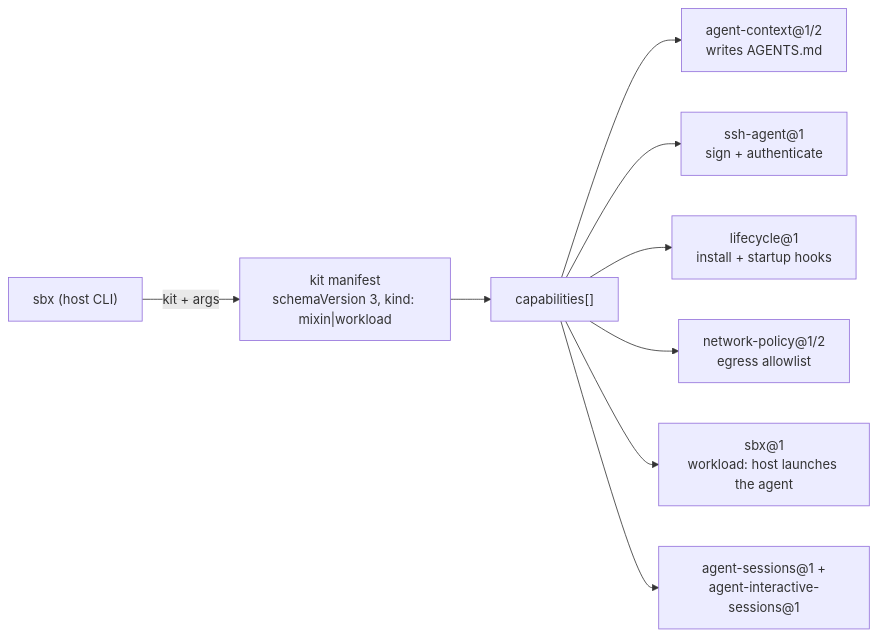
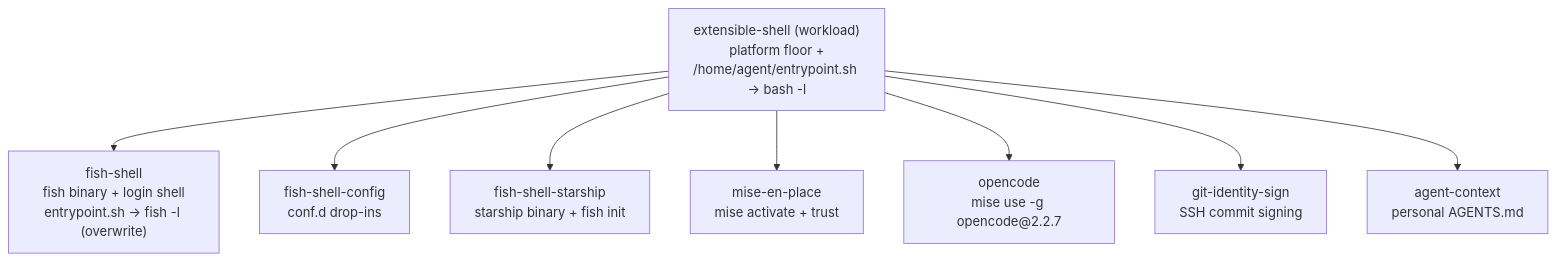
The diagram in .lode/kits/summary.md (dirkgroot/docker-sbx-kits), drawn with Mermaid before and after one commit. The commit also changed other lines of this file and 28 other files, not shown here.

First line of the commit message:
Restructure kits around the extensible-shell workload

````diff
--- a/.lode/kits/summary.md
+++ b/.lode/kits/summary.md
@@ -17,11 +21,11 @@
 ```mermaid
-flowchart LR
-    user["sbx (host CLI)"] -->|"kit + args"| manifest["kit manifest<br/>schemaVersion 3, kind: mixin|workload"]
-    manifest --> caps["capabilities[]"]
-    caps --> ac["agent-context@1/2<br/>writes AGENTS.md"]
-    caps --> ssh["ssh-agent@1<br/>sign + authenticate"]
-    caps --> life["lifecycle@1<br/>install + startup hooks"]
-    caps --> net["network-policy@1/2<br/>egress allowlist"]
-    caps --> sbx["sbx@1<br/>workload: host launches the agent"]
-    caps --> sess["agent-sessions@1 +<br/>agent-interactive-sessions@1"]
+flowchart TD
+    wl["extensible-shell (workload)<br/>platform floor +<br/>/home/agent/entrypoint.sh → bash -l"]
+    wl --> fs["fish-shell<br/>fish binary + login shell<br/>entrypoint.sh → fish -l (overwrite)"]
+    wl --> cfg["fish-shell-config<br/>conf.d drop-ins"]
+    wl --> st["fish-shell-starship<br/>starship binary + fish init"]
+    wl --> me["mise-en-place<br/>mise activate + trust"]
+    wl --> oc["opencode<br/>mise use -g opencode@2.2.7"]
+    wl --> gi["git-identity-sign<br/>SSH commit signing"]
+    wl --> ac["agent-context<br/>personal AGENTS.md"]
 ```
````
